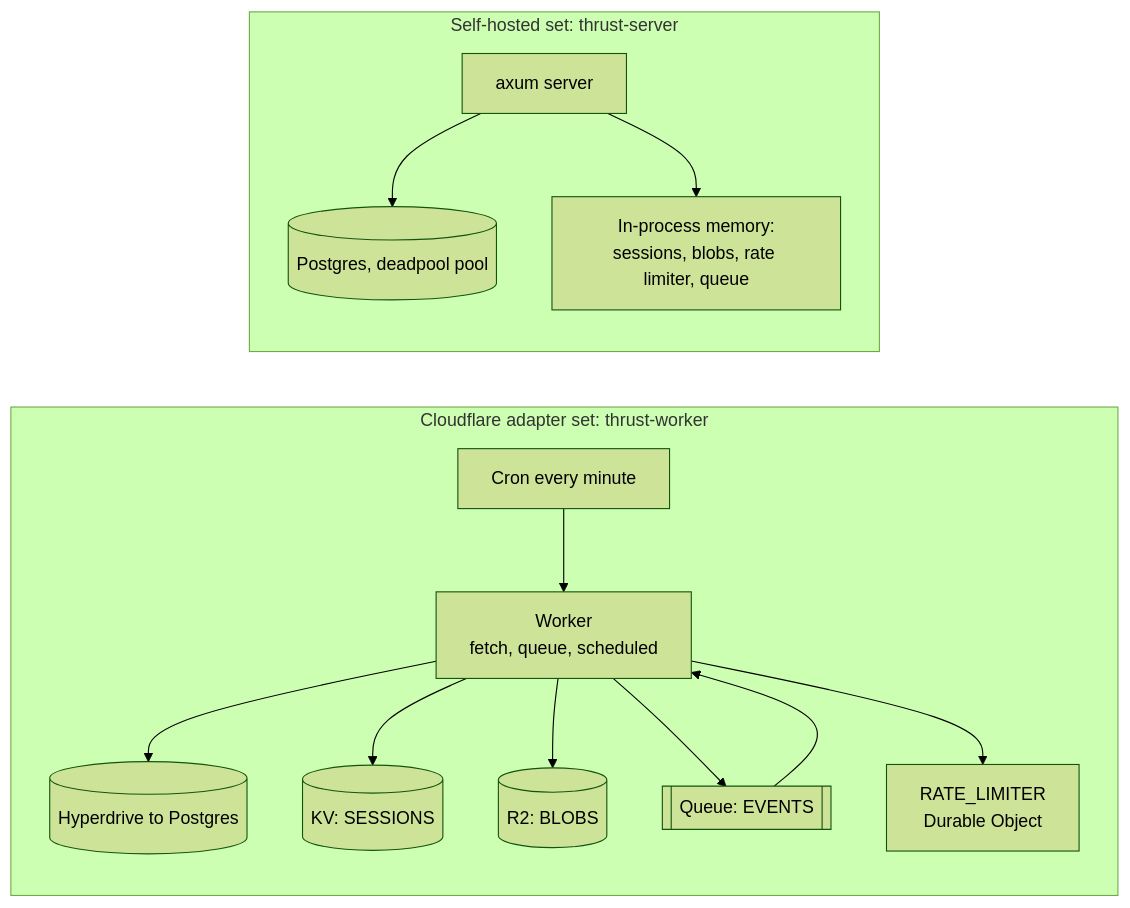
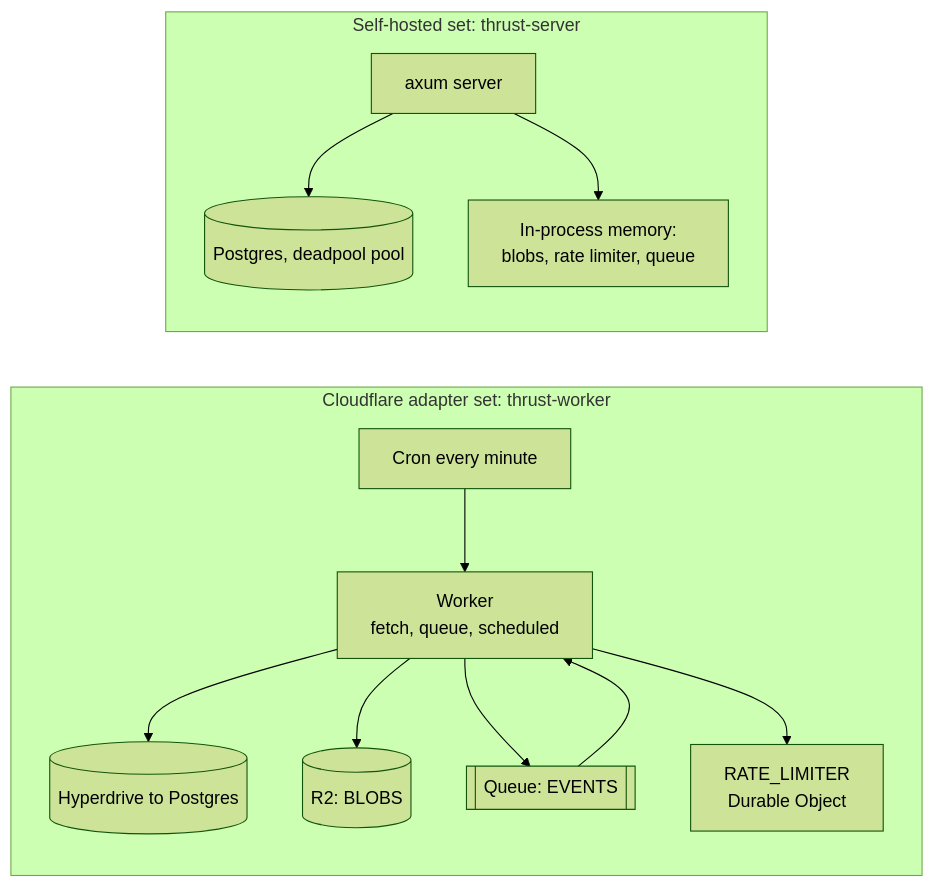
The diagram in docs/src/architecture/infra.md (aRustyDev/thrust), drawn with Mermaid (forest theme) before and after one commit. The commit also changed other lines of this file and 14 other files, not shown here.

````diff
--- a/docs/src/architecture/infra.md
+++ b/docs/src/architecture/infra.md
@@ -12,18 +12,17 @@
 ```mermaid
 flowchart LR
   subgraph cf[Cloudflare adapter set: thrust-worker]
     w[Worker<br/>fetch, queue, scheduled]
     w --> hd[(Hyperdrive to Postgres)]
-    w --> kv[(KV: SESSIONS)]
     w --> r2[(R2: BLOBS)]
     w --> q[[Queue: EVENTS]]
     w --> rl[RATE_LIMITER<br/>Durable Object]
     cron[Cron every minute] --> w
     q --> w
   end
   subgraph sh[Self-hosted set: thrust-server]
     s[axum server]
     s --> pgn[(Postgres, deadpool pool)]
-    s --> mem[In-process memory:<br/>sessions, blobs, rate limiter, queue]
+    s --> mem[In-process memory:<br/>blobs, rate limiter, queue]
   end
 ```
````
